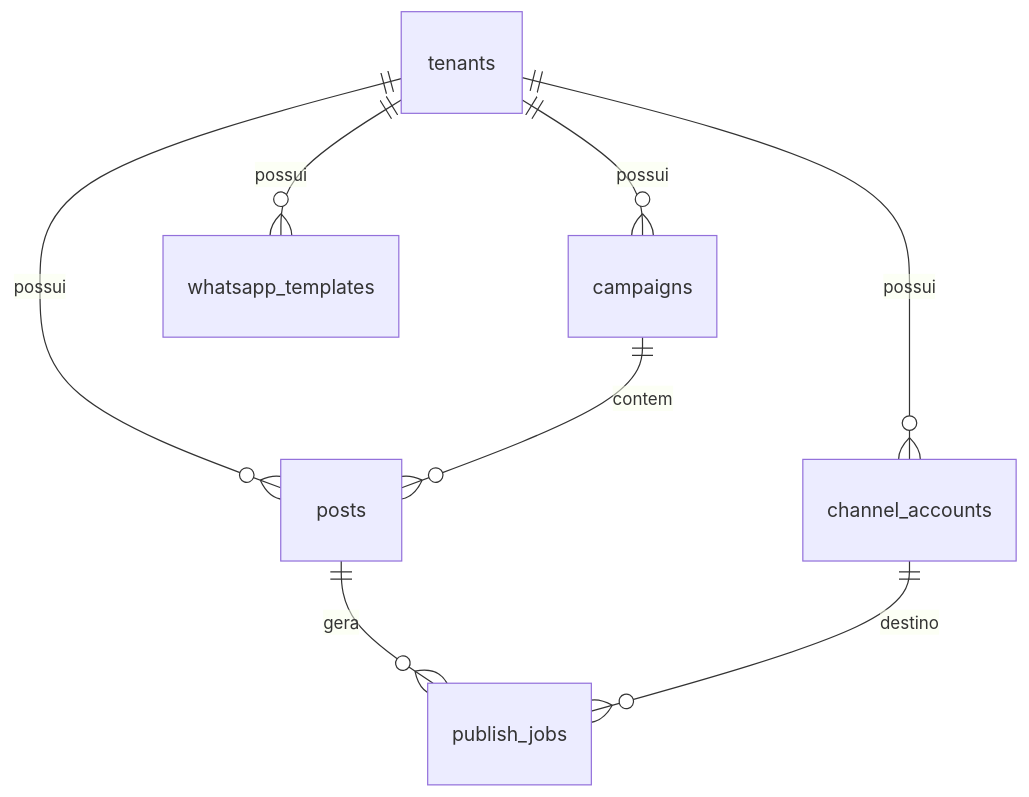
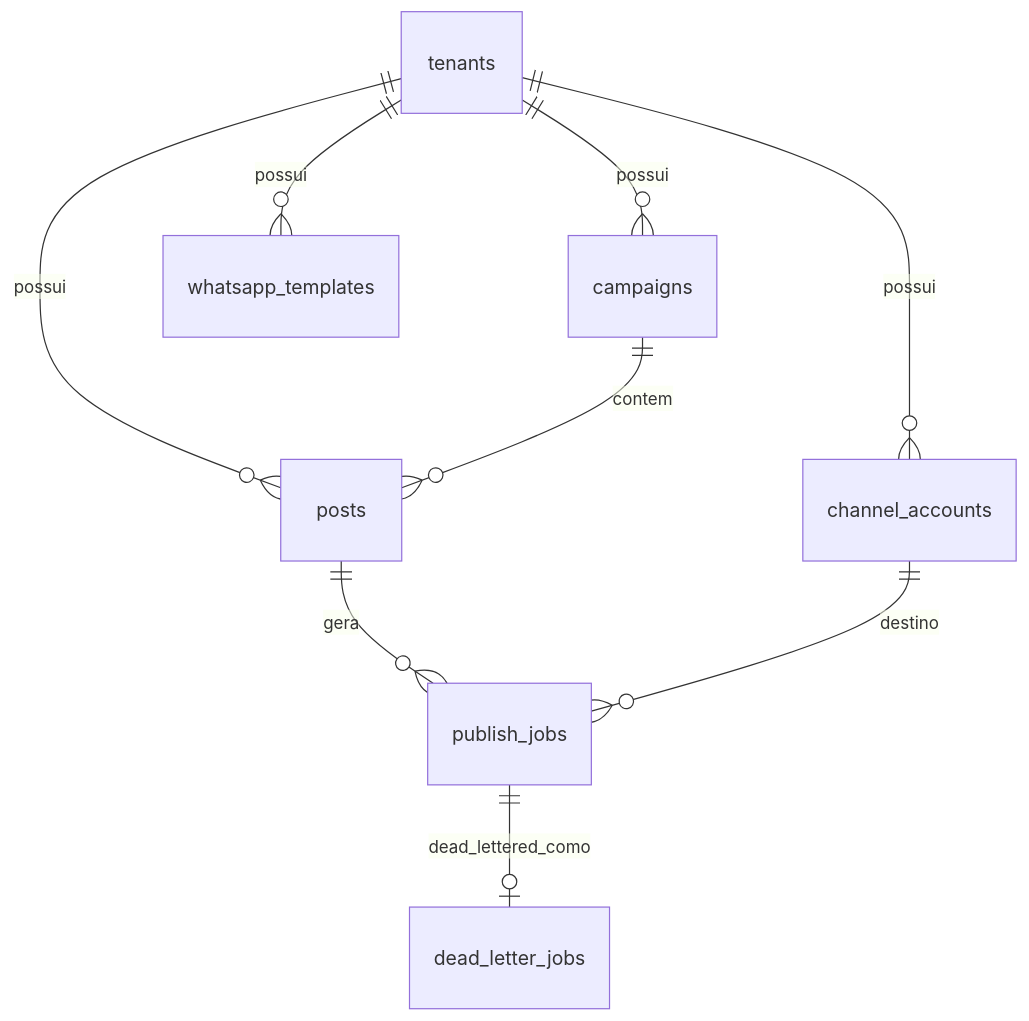
Before and after one commit to reacaonet/postmidia: the second of 2 diagrams in ARCHITETURA.md, drawn with Mermaid. The commit also changed other lines of this file and 19 other files, not shown here.

````diff
--- a/ARCHITETURA.md
+++ b/ARCHITETURA.md
@@ -140,10 +140,11 @@
 ```mermaid
 erDiagram
   tenants ||--o{ channel_accounts : possui
   tenants ||--o{ campaigns : possui
   tenants ||--o{ posts : possui
   tenants ||--o{ whatsapp_templates : possui
   campaigns ||--o{ posts : contem
   posts ||--o{ publish_jobs : gera
   channel_accounts ||--o{ publish_jobs : destino
+  publish_jobs ||--o| dead_letter_jobs : dead_lettered_como
 ```
````
